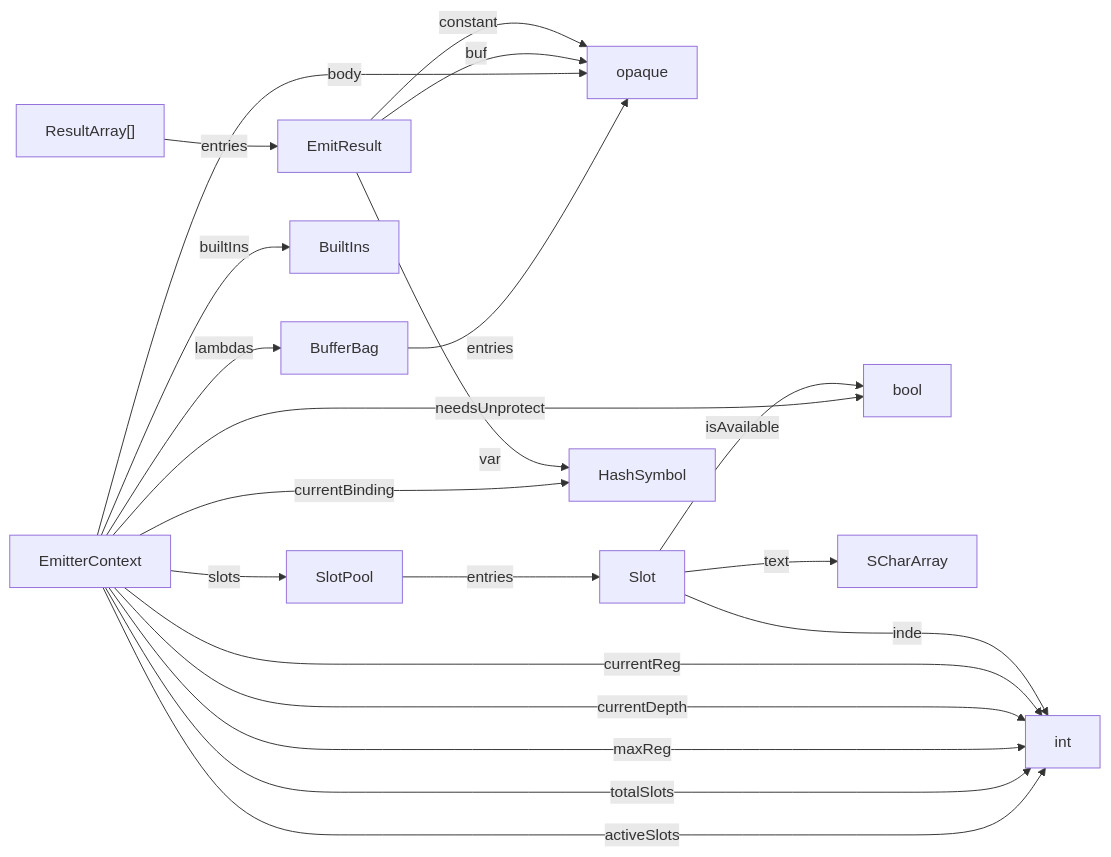
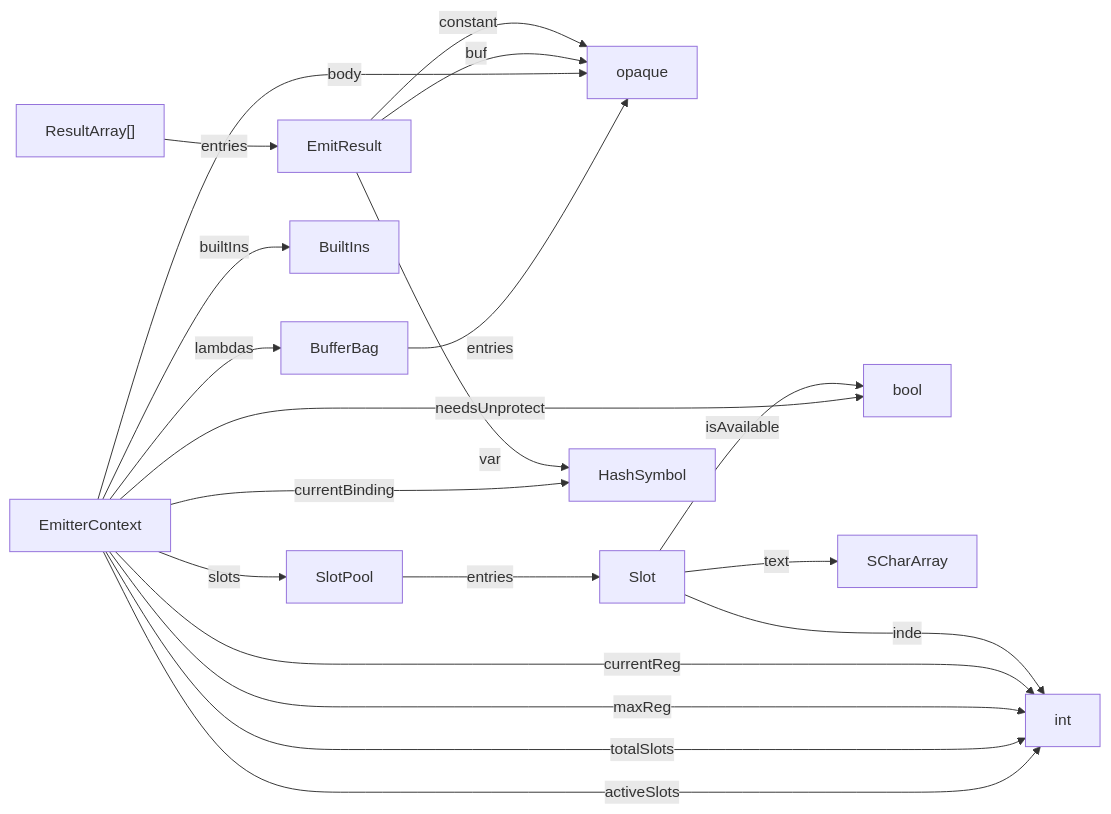
One commit to billhails/CEKF changed the diagram in docs/generated/emit.md. Above: the diagram before and after it, drawn with Mermaid. The commit also changed 2 other files, not shown here.

Commit message:
currrentDepth supplanted by totalSlots

````diff
--- a/docs/generated/emit.md
+++ b/docs/generated/emit.md
@@ -5,23 +5,22 @@
 ```mermaid
 flowchart LR
 BufferBag --entries--> opaque
 SlotPool --entries--> Slot
 EmitterContext --currentBinding--> HashSymbol
 EmitterContext --lambdas--> BufferBag
 EmitterContext --body--> opaque
 EmitterContext --builtIns--> BuiltIns
 EmitterContext --slots--> SlotPool
 EmitterContext --activeSlots--> int
 EmitterContext --totalSlots--> int
 EmitterContext --maxReg--> int
-EmitterContext --currentDepth--> int
 EmitterContext --currentReg--> int
 EmitterContext --needsUnprotect--> bool
 Slot --isAvailable--> bool
 Slot --text--> SCharArray
 Slot --index--> int
 EmitResult --var--> HashSymbol
 EmitResult --buf--> opaque
 EmitResult --constant--> opaque
 ResultArray["ResultArray[]"] --entries--> EmitResult
 ```
````
